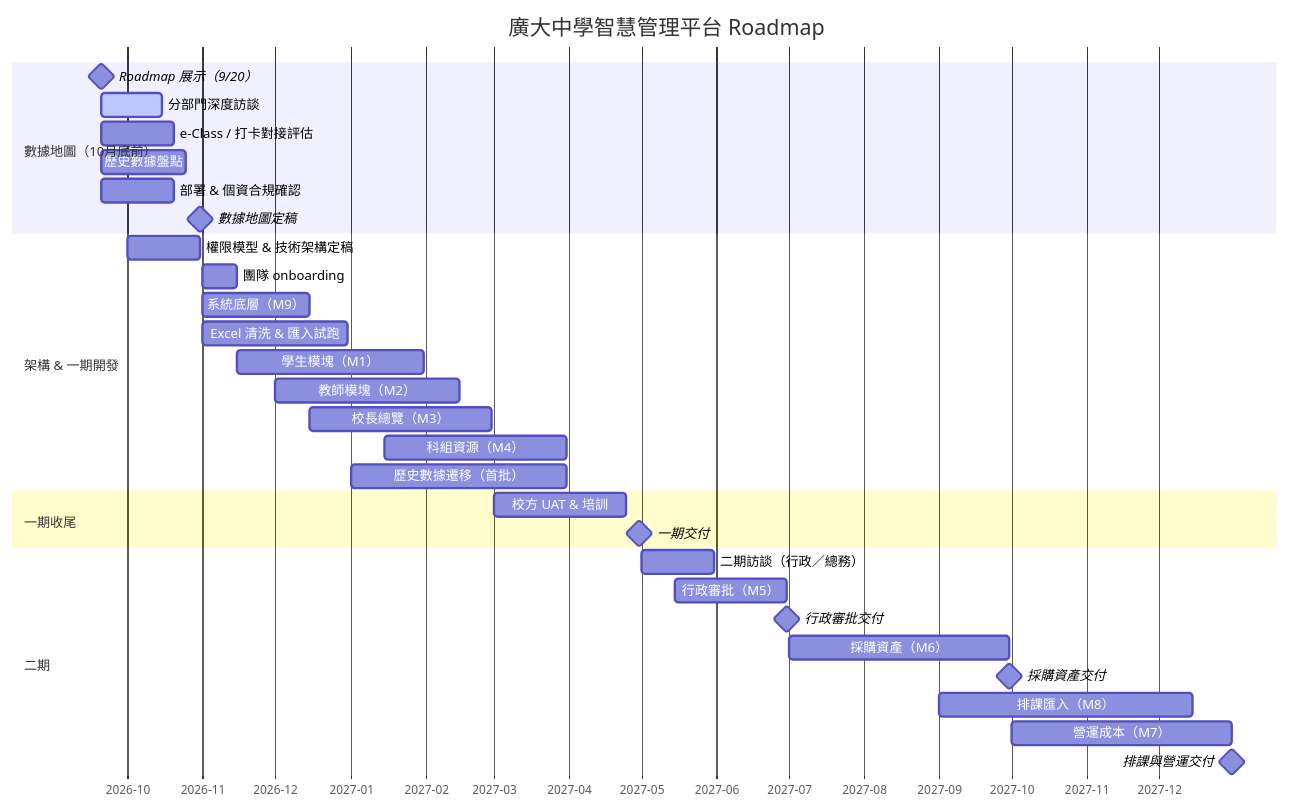
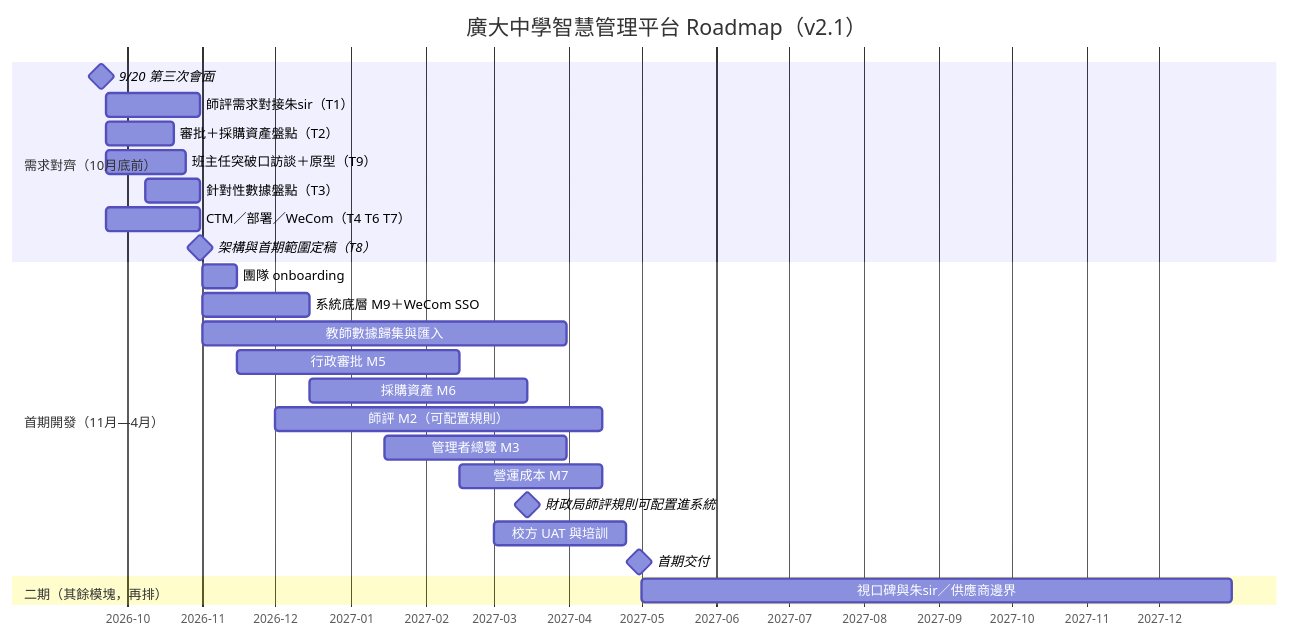
One commit to jamescheong324/kwong-tai-school-platform changed the diagram in docs/項目Roadmap-2026-2027.md. Above: the diagram before and after it, drawn with Mermaid. The commit also changed other lines of this file and 2 other files, not shown here.

Commit message:
9/20 會面後更新 Roadmap v2.1，並新增校方跟進紀要（DOCX/PDF）。

````diff
--- a/docs/項目Roadmap-2026-2027.md
+++ b/docs/項目Roadmap-2026-2027.md
@@ -92,39 +86,31 @@
 ```mermaid
 gantt
-    title 廣大中學智慧管理平台 Roadmap
+    title 廣大中學智慧管理平台 Roadmap（v2.1）
     dateFormat YYYY-MM-DD
     axisFormat %Y-%m
 
-    section 數據地圖（10月底前）
-    Roadmap 展示（9/20）           :milestone, m1, 2026-09-20, 0d
-    分部門深度訪談                 :active, t1, 2026-09-20, 2026-10-15
-    e-Class / 打卡對接評估         :t2, 2026-09-20, 2026-10-20
-    歷史數據盤點                   :t3, 2026-09-20, 2026-10-25
-    部署 & 個資合規確認            :t7, 2026-09-20, 2026-10-20
-    數據地圖定稿                   :milestone, m2, 2026-10-31, 0d
+    section 需求對齊（10月底前）
+    9/20 第三次會面               :milestone, m920, 2026-09-20, 0d
+    師評需求對接朱sir（T1）         :t1, 2026-09-22, 2026-10-31
+    審批＋採購資產盤點（T2）         :t2, 2026-09-22, 2026-10-20
+    班主任突破口訪談＋原型（T9）     :t9, 2026-09-22, 2026-10-25
+    針對性數據盤點（T3）             :t3, 2026-10-08, 2026-10-31
+    CTM／部署／WeCom（T4 T6 T7）    :t467, 2026-09-22, 2026-10-31
+    架構與首期範圍定稿（T8）         :milestone, m1031, 2026-10-31, 0d
 
-    section 架構 & 一期開發
-    權限模型 & 技術架構定稿        :t5, 2026-10-01, 2026-10-31
+    section 首期開發（11月—4月）
     團隊 onboarding                :onboard, 2026-11-01, 2026-11-15
-    系統底層（M9）                 :m9, 2026-11-01, 2026-12-15
-    Excel 清洗 & 匯入試跑          :etl, 2026-11-01, 2026-12-31
-    學生模塊（M1）                 :m1dev, 2026-11-15, 2027-01-31
-    教師模塊（M2）                 :m2dev, 2026-12-01, 2027-02-15
-    校長總覽（M3）                 :m3dev, 2026-12-15, 2027-02-28
-    科組資源（M4）                 :m4dev, 2027-01-15, 2027-03-31
-    歷史數據遷移（首批）           :migrate, 2027-01-01, 2027-03-31
+    系統底層 M9＋WeCom SSO         :m9, 2026-11-01, 2026-12-15
+    教師數據歸集與匯入              :etl, 2026-11-01, 2027-03-31
+    行政審批 M5                    :m5dev, 2026-11-15, 2027-02-15
+    採購資產 M6                    :m6dev, 2026-12-15, 2027-03-15
+    師評 M2（可配置規則）           :m2dev, 2026-12-01, 2027-04-15
+    管理者總覽 M3                  :m3dev, 2027-01-15, 2027-03-31
+    營運成本 M7                    :m7dev, 2027-02-15, 2027-04-15
+    財政局師評規則可配置進系統      :milestone, rules, 2027-03-15, 0d
+    校方 UAT 與培訓                :uat, 2027-03-01, 2027-04-25
+    首期交付                       :milestone, p1done, 2027-04-30, 0d
 
-    section 一期收尾
-    校方 UAT & 培訓                :uat, 2027-03-01, 2027-04-25
-    一期交付                       :milestone, m3, 2027-04-30, 0d
-
-    section 二期
-    二期訪談（行政／總務）         :p2int, 2027-05-01, 2027-05-31
-    行政審批（M5）                 :m5dev, 2027-05-15, 2027-06-30
-    行政審批交付                   :milestone, m5done, 2027-06-30, 0d
-    採購資產（M6）                 :m6, 2027-07-01, 2027-09-30
-    採購資產交付                   :milestone, m6done, 2027-09-30, 0d
-    排課匯入（M8）                 :m8, 2027-09-01, 2027-12-15
-    營運成本（M7）                 :m7, 2027-10-01, 2027-12-31
-    排課與營運交付                 :milestone, m78done, 2027-12-31, 0d
+    section 二期（其餘模塊，再排）
+    視口碑與朱sir／供應商邊界       :p2gate, 2027-05-01, 2027-12-31
 ```
````
